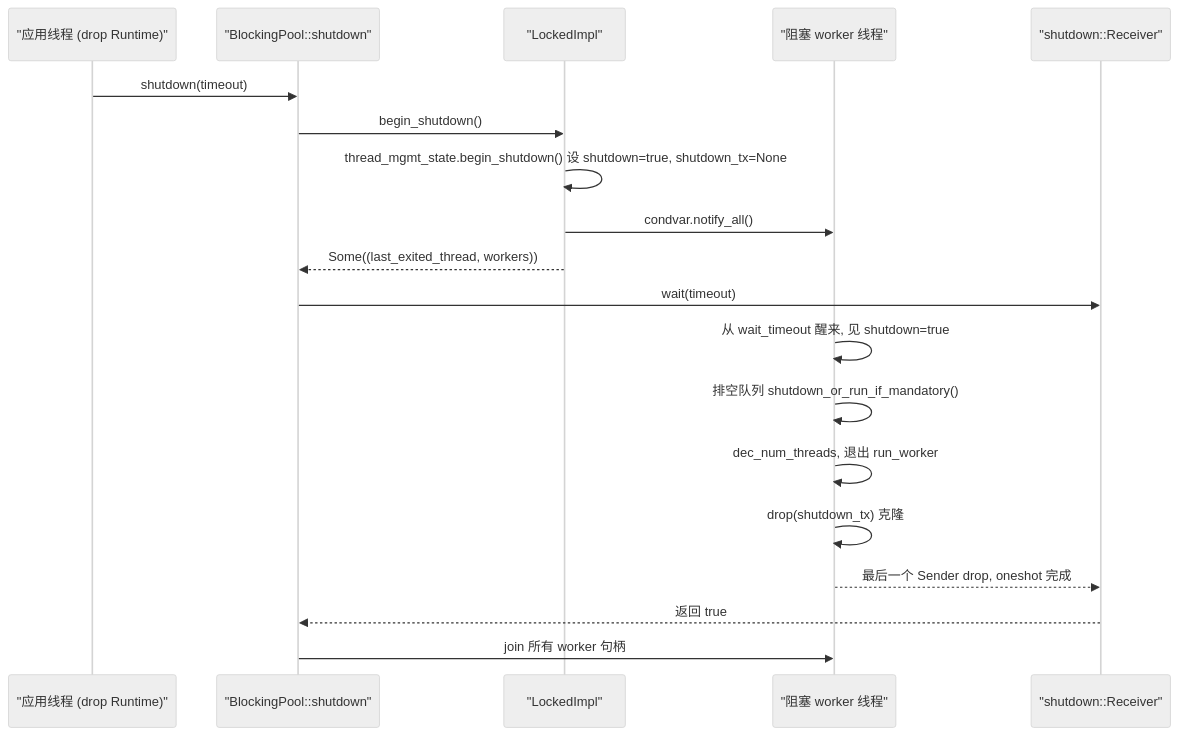
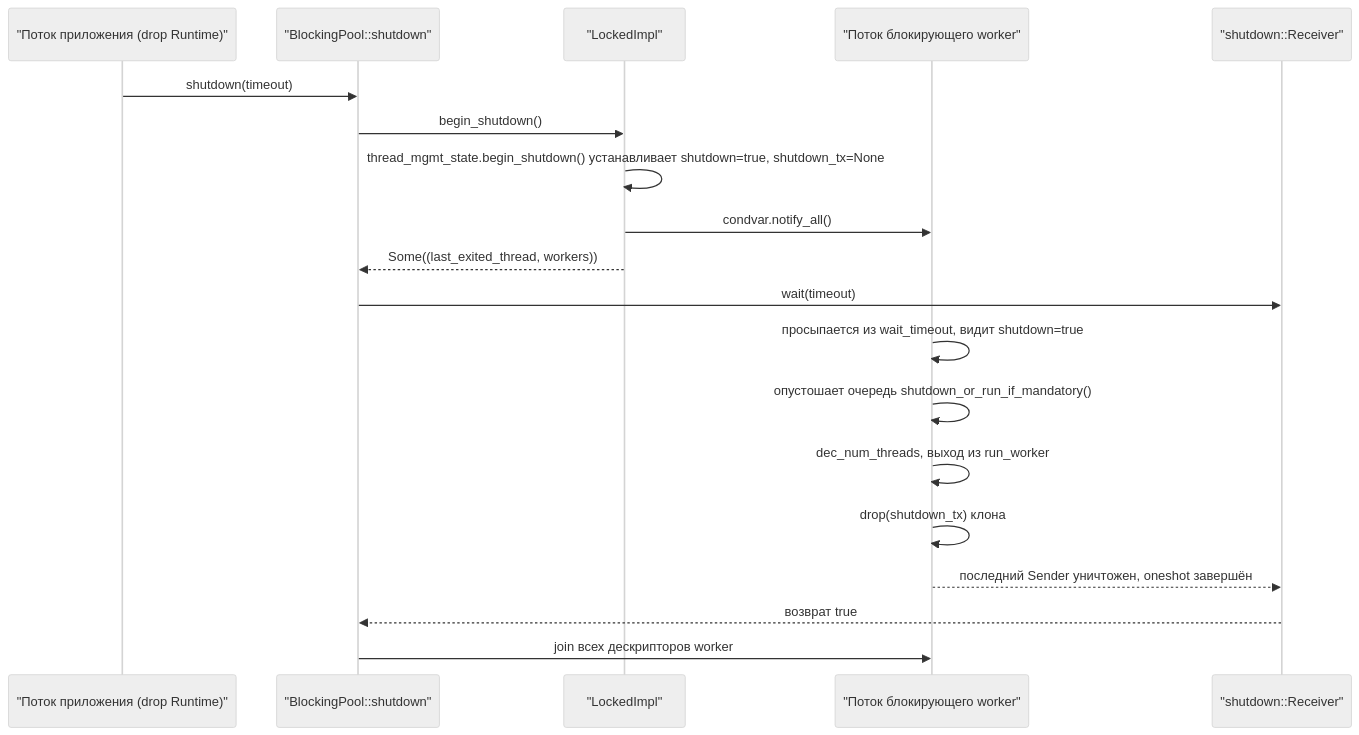
Before and after one commit to maleRjc/AiReadCodeBooks: the second of 2 diagrams in books/tokio/ru/08-blocking-thread-pool.md, drawn with Mermaid (neutral theme). The commit also changed other lines of this file and 74 other files, not shown here.

````diff
--- a/books/tokio/ru/08-blocking-thread-pool.md
+++ b/books/tokio/ru/08-blocking-thread-pool.md
@@ -144,22 +144,22 @@
 ```mermaid
 sequenceDiagram
-    participant App as "应用线程 (drop Runtime)"
+    participant App as "Поток приложения (drop Runtime)"
     participant Pool as "BlockingPool::shutdown"
     participant Locked as "LockedImpl"
-    participant Worker as "阻塞 worker 线程"
+    participant Worker as "Поток блокирующего worker"
     participant Rx as "shutdown::Receiver"
 
     App->>Pool: shutdown(timeout)
     Pool->>Locked: begin_shutdown()
-    Locked->>Locked: thread_mgmt_state.begin_shutdown() 设 shutdown=true, shutdown_tx=None
+    Locked->>Locked: thread_mgmt_state.begin_shutdown() устанавливает shutdown=true, shutdown_tx=None
     Locked->>Worker: condvar.notify_all()
     Locked-->>Pool: Some((last_exited_thread, workers))
     Pool->>Rx: wait(timeout)
-    Worker->>Worker: 从 wait_timeout 醒来, 见 shutdown=true
-    Worker->>Worker: 排空队列 shutdown_or_run_if_mandatory()
-    Worker->>Worker: dec_num_threads, 退出 run_worker
-    Worker->>Worker: drop(shutdown_tx) 克隆
-    Worker-->>Rx: 最后一个 Sender drop, oneshot 完成
-    Rx-->>Pool: 返回 true
-    Pool->>Worker: join 所有 worker 句柄
+    Worker->>Worker: просыпается из wait_timeout, видит shutdown=true
+    Worker->>Worker: опустошает очередь shutdown_or_run_if_mandatory()
+    Worker->>Worker: dec_num_threads, выход из run_worker
+    Worker->>Worker: drop(shutdown_tx) клона
+    Worker-->>Rx: последний Sender уничтожен, oneshot завершён
+    Rx-->>Pool: возврат true
+    Pool->>Worker: join всех дескрипторов worker
 ```
````
